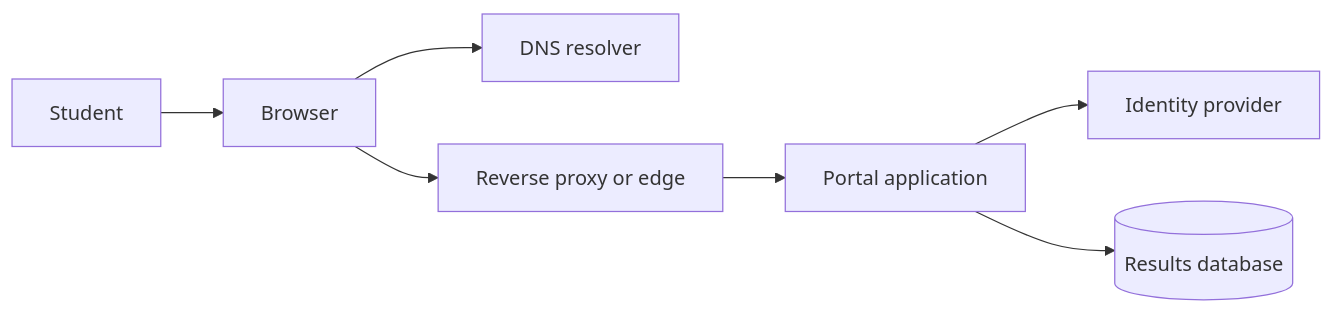
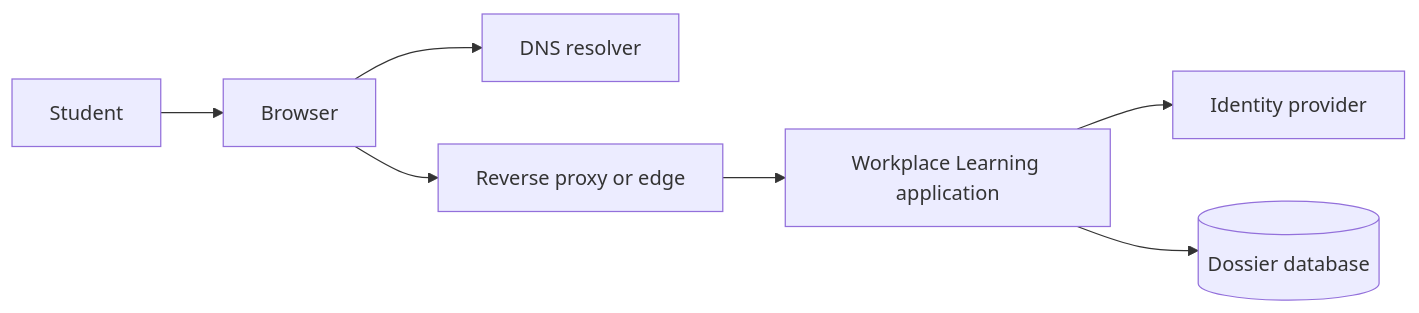
The diagram in course/01-systems-thinking.md (dhoubrechts/architectures_intro), drawn with Mermaid before and after one commit. The commit also changed other lines of this file and 43 other files, not shown here.

````diff
--- a/course/01-systems-thinking.md
+++ b/course/01-systems-thinking.md
@@ -74,9 +74,9 @@
 ```mermaid
 flowchart LR
     User[Student] --> Browser
     Browser --> DNS[DNS resolver]
     Browser --> Edge[Reverse proxy or edge]
-    Edge --> App[Portal application]
+    Edge --> App[Workplace Learning application]
     App --> IdP[Identity provider]
-    App --> DB[(Results database)]
+    App --> DB[(Dossier database)]
 ```
````
